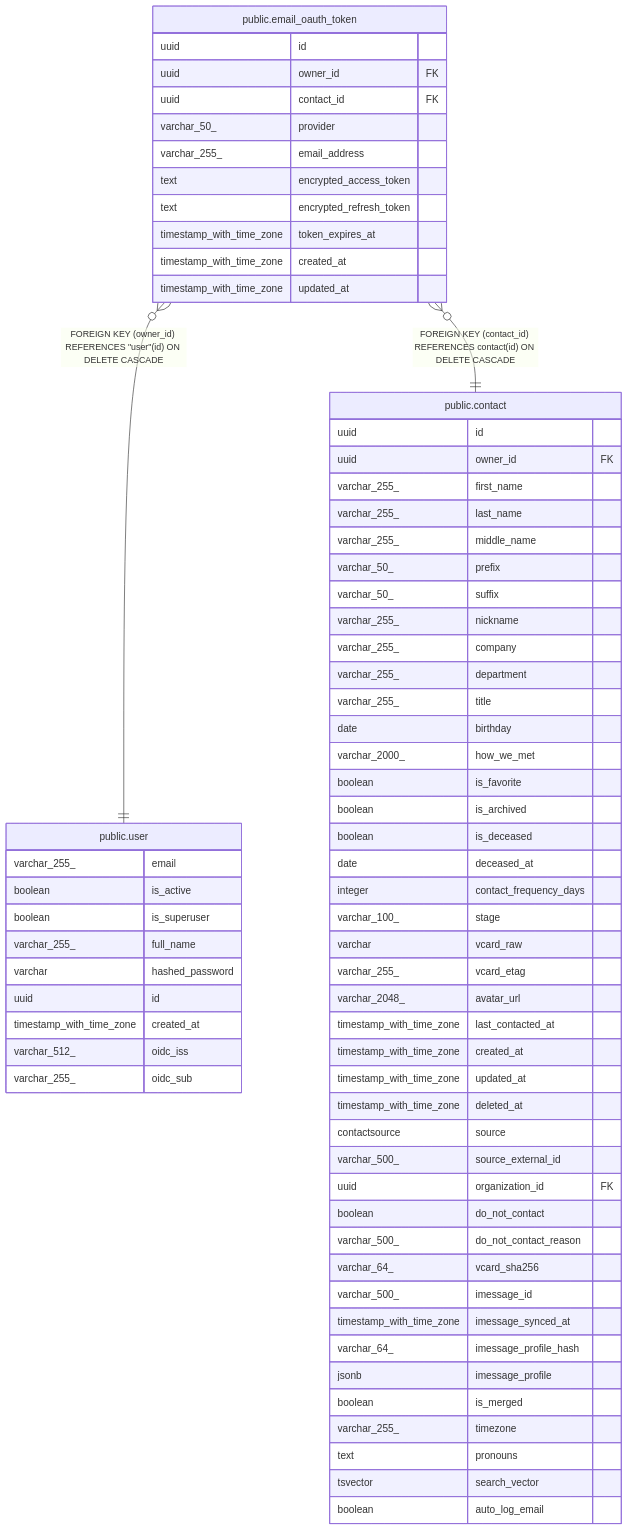
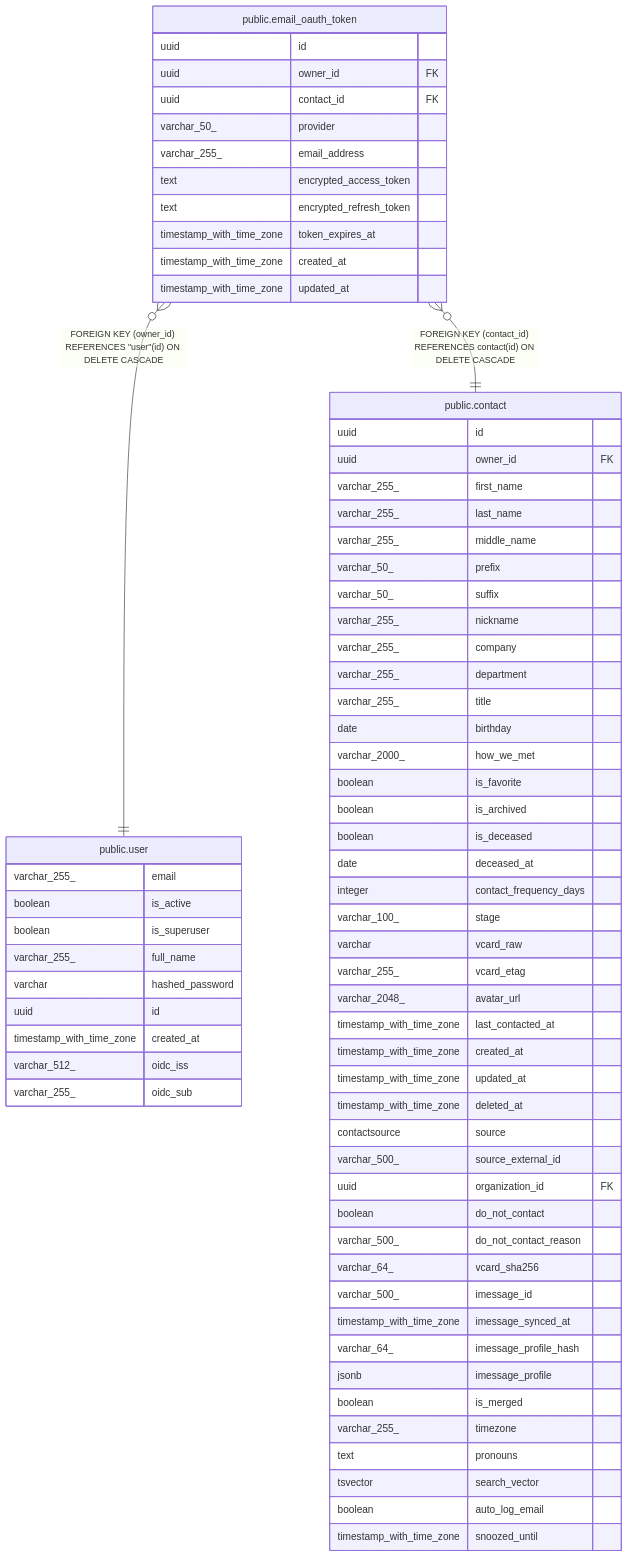
One commit to pike00/Kindred changed the diagram in docs/db/public.email_oauth_token.md. Above: the diagram before and after it, drawn with Mermaid. The commit also changed 27 other files, not shown here.

````diff
--- a/docs/db/public.email_oauth_token.md
+++ b/docs/db/public.email_oauth_token.md
@@ -45,73 +45,74 @@
 ```mermaid
 erDiagram
 
 "public.email_oauth_token" }o--|| "public.user" : "FOREIGN KEY (owner_id) REFERENCES #quot;user#quot;(id) ON DELETE CASCADE"
 "public.email_oauth_token" }o--|| "public.contact" : "FOREIGN KEY (contact_id) REFERENCES contact(id) ON DELETE CASCADE"
 
 "public.email_oauth_token" {
   uuid id
   uuid owner_id FK
   uuid contact_id FK
   varchar_50_ provider
   varchar_255_ email_address
   text encrypted_access_token
   text encrypted_refresh_token
   timestamp_with_time_zone token_expires_at
   timestamp_with_time_zone created_at
   timestamp_with_time_zone updated_at
 }
 "public.user" {
   varchar_255_ email
   boolean is_active
   boolean is_superuser
   varchar_255_ full_name
   varchar hashed_password
   uuid id
   timestamp_with_time_zone created_at
   varchar_512_ oidc_iss
   varchar_255_ oidc_sub
 }
 "public.contact" {
   uuid id
   uuid owner_id FK
   varchar_255_ first_name
   varchar_255_ last_name
   varchar_255_ middle_name
   varchar_50_ prefix
   varchar_50_ suffix
   varchar_255_ nickname
   varchar_255_ company
   varchar_255_ department
   varchar_255_ title
   date birthday
   varchar_2000_ how_we_met
   boolean is_favorite
   boolean is_archived
   boolean is_deceased
   date deceased_at
   integer contact_frequency_days
   varchar_100_ stage
   varchar vcard_raw
   varchar_255_ vcard_etag
   varchar_2048_ avatar_url
   timestamp_with_time_zone last_contacted_at
   timestamp_with_time_zone created_at
   timestamp_with_time_zone updated_at
   timestamp_with_time_zone deleted_at
   contactsource source
   varchar_500_ source_external_id
   uuid organization_id FK
   boolean do_not_contact
   varchar_500_ do_not_contact_reason
   varchar_64_ vcard_sha256
   varchar_500_ imessage_id
   timestamp_with_time_zone imessage_synced_at
   varchar_64_ imessage_profile_hash
   jsonb imessage_profile
   boolean is_merged
   varchar_255_ timezone
   text pronouns
   tsvector search_vector
   boolean auto_log_email
+  timestamp_with_time_zone snoozed_until
 }
 ```
````
